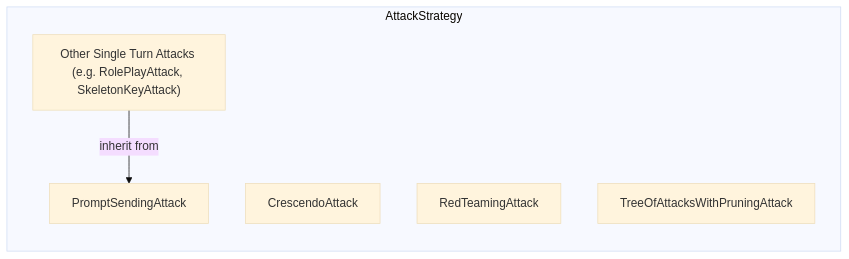
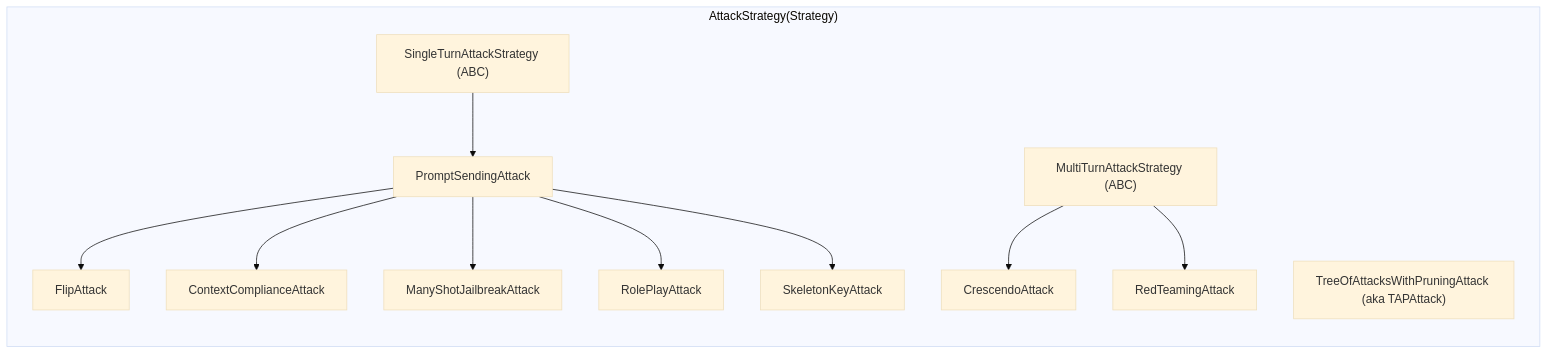
The second of 5 diagrams in doc/code/executor/attack/0_attack.md (Azure/PyRIT), drawn with Mermaid (base theme) before and after one commit. The commit also changed other lines of this file and 4 other files, not shown here.

Commit message:
Add top-level pages for executor, multi-turn/single-turn attacks, and workflows. Update attack to be accurate given recent changes

````diff
--- a/doc/code/executor/attack/0_attack.md
+++ b/doc/code/executor/attack/0_attack.md
@@ -36,9 +29,26 @@
 ```{mermaid}
 flowchart LR
-    subgraph AttackStrategy["AttackStrategy"]
-        S_s["Other Single Turn Attacks (e.g. RolePlayAttack, SkeletonKeyAttack)"] --inherit from--> S_psa["PromptSendingAttack"]
+    subgraph AttackStrategy["AttackStrategy(Strategy)"]
+        S_psa1["FlipAttack"]
+        S_psa2["ContextComplianceAttack"]
+        S_psa3["ManyShotJailbreakAttack"]
+        S_psa4["RolePlayAttack"]
+        S_psa5["SkeletonKeyAttack"]
+        S_psa["PromptSendingAttack"]
+        S_single["SingleTurnAttackStrategy (ABC)"]
         S_c["CrescendoAttack"]
         S_r["RedTeamingAttack"]
-        s_t["TreeOfAttacksWithPruningAttack"]
+        s_t["TreeOfAttacksWithPruningAttack (aka TAPAttack)"]
+        S_multi["MultiTurnAttackStrategy (ABC)"]
     end
+
+    S_psa --> S_psa1
+    S_psa --> S_psa2
+    S_psa --> S_psa3
+    S_psa --> S_psa4
+    S_psa --> S_psa5
+    S_single --> S_psa
+    S_multi --> S_c
+    S_multi --> S_r
+    
 ```
````
